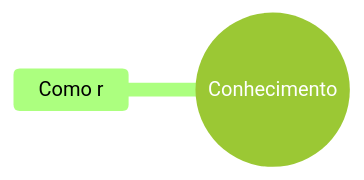
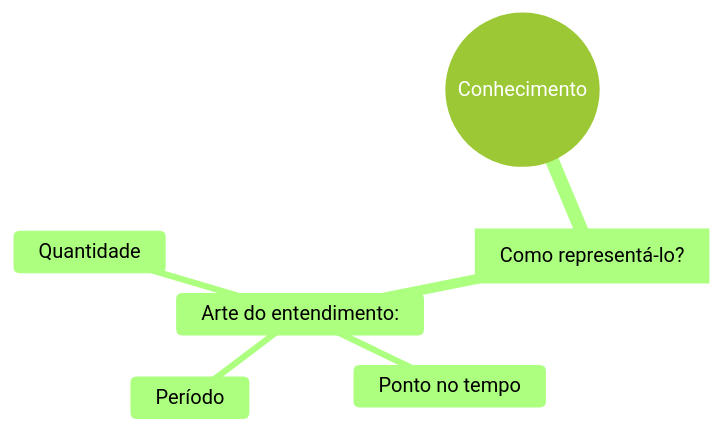
The diagram in Mestrado/Segundo Semestre/SIN5033 - Grafos de conhecimento e Ontologias/Aula 1/1 Conceitos basicos.md (Igorino/joplin-notes), drawn with Mermaid (forest theme) before and after one commit.

Commit message:
Exported on 2026-04-05_19-29-59

````diff
--- a/Mestrado/Segundo Semestre/SIN5033 - Grafos de conhecimento e Ontologias/Aula 1/1 Conceitos basicos.md
+++ b/Mestrado/Segundo Semestre/SIN5033 - Grafos de conhecimento e Ontologias/Aula 1/1 Conceitos basicos.md
@@ -10,10 +10,15 @@
 ```mermaid
 ---
 config:
   layout: tidy-tree
 ---
 mindmap
 root((Conhecimento))
-	Como r
+	[Como representá-lo?]
+		Arte do entendimento:
+			Quantidade
+			Ponto no tempo
+			Período
+			
 	
 ```
````
